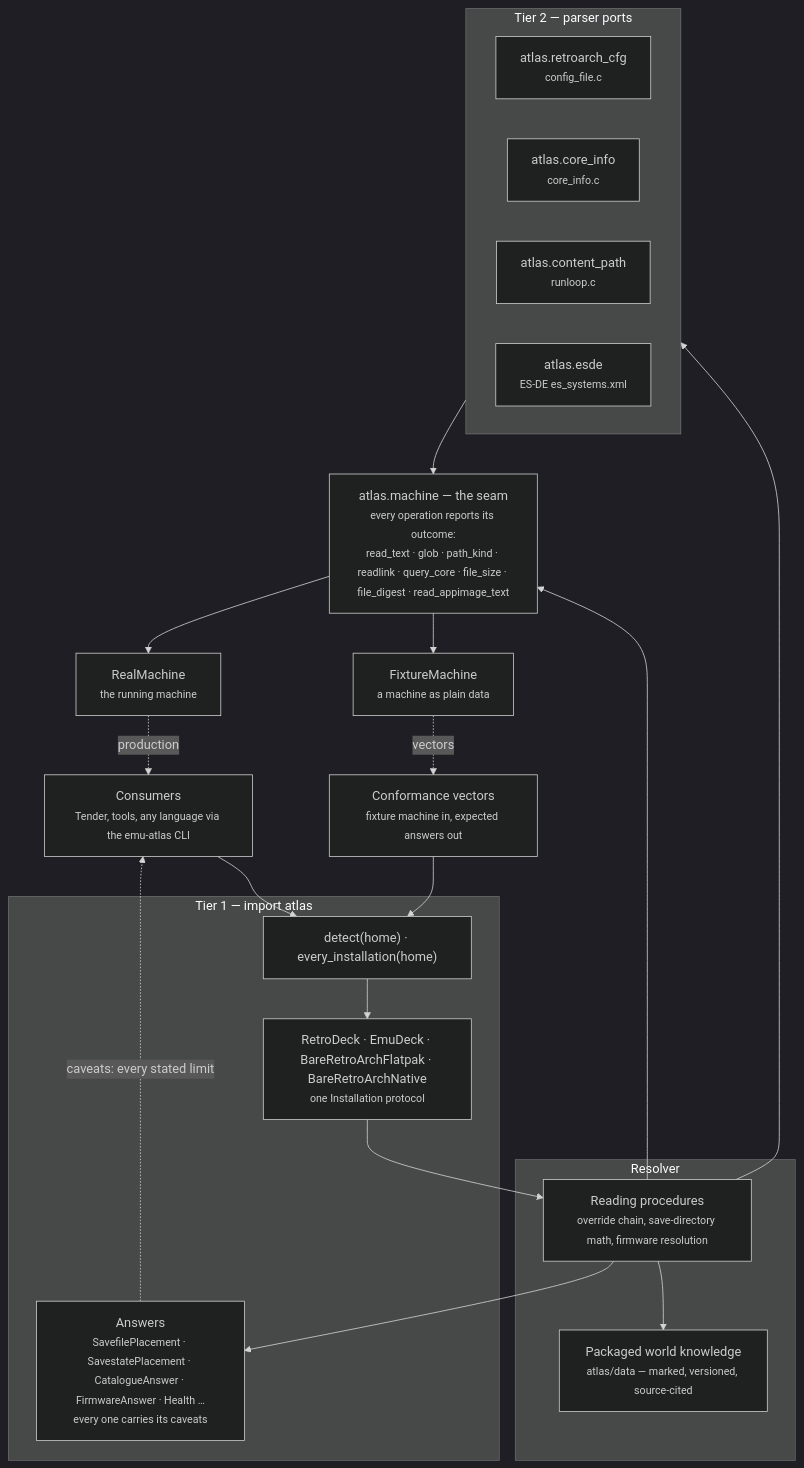
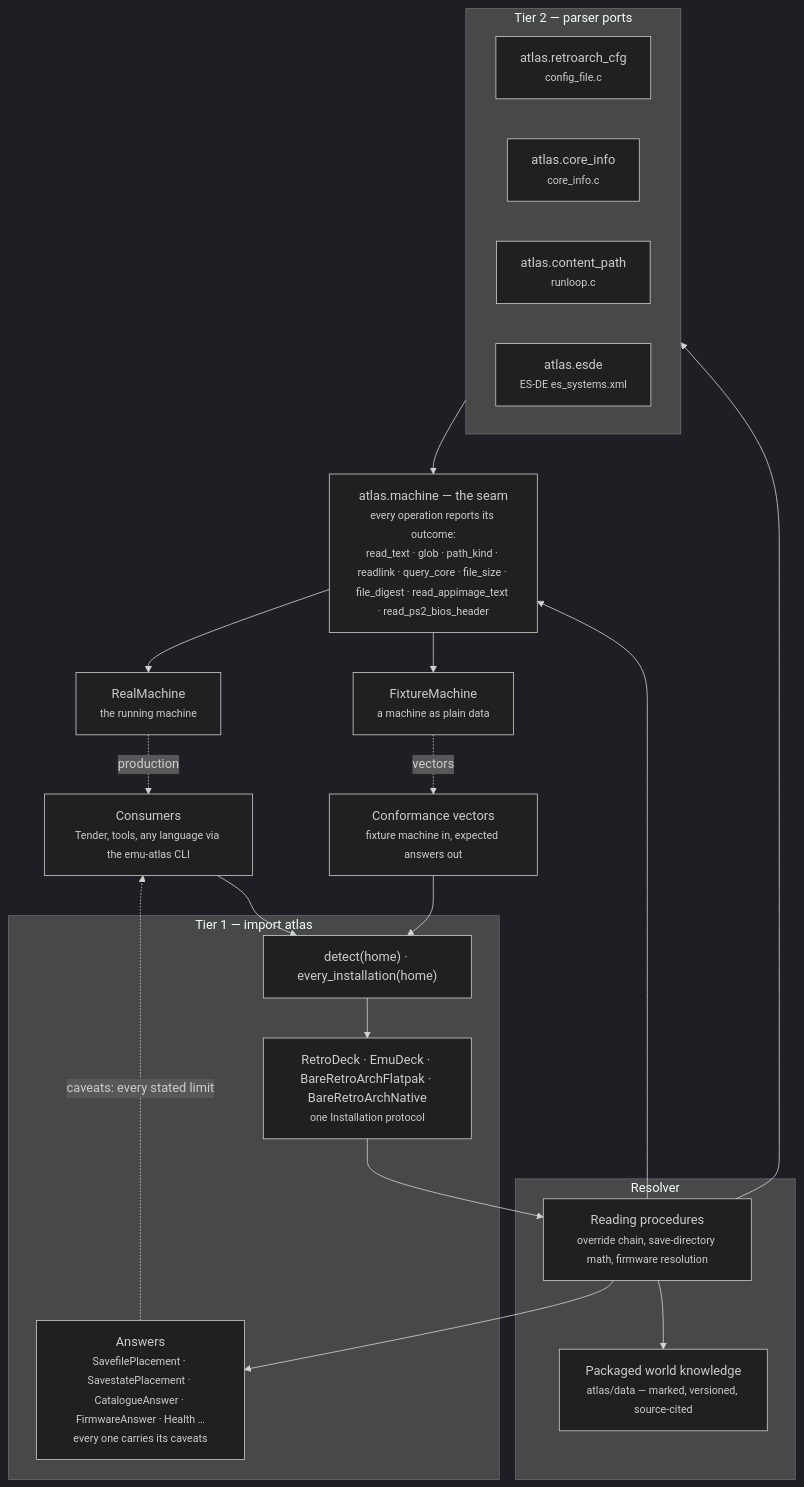
The first of 3 diagrams in docs/architecture.md (danielcopper/emu-atlas), drawn with Mermaid (dark theme) before and after one commit. The commit also changed 16 other files, not shown here.

````diff
--- a/docs/architecture.md
+++ b/docs/architecture.md
@@ -12,42 +12,42 @@
 ```mermaid
 flowchart TB
     consumers["Consumers<br/><small>Tender, tools, any language via the emu-atlas CLI</small>"]
     vectors["Conformance vectors<br/><small>fixture machine in, expected answers out</small>"]
 
     subgraph api["Tier 1 — import atlas"]
         entry["detect(home) · every_installation(home)"]
         handles["RetroDeck · EmuDeck · BareRetroArchFlatpak · BareRetroArchNative<br/><small>one Installation protocol</small>"]
         answers["Answers<br/><small>SavefilePlacement · SavestatePlacement · CatalogueAnswer · FirmwareAnswer · Health …<br/>every one carries its caveats</small>"]
     end
 
     subgraph resolver["Resolver"]
         rules["Reading procedures<br/><small>override chain, save-directory math, firmware resolution</small>"]
         knowledge["Packaged world knowledge<br/><small>atlas/data — marked, versioned, source-cited</small>"]
     end
 
     subgraph parsers["Tier 2 — parser ports"]
         cfg["atlas.retroarch_cfg<br/><small>config_file.c</small>"]
         info["atlas.core_info<br/><small>core_info.c</small>"]
         path["atlas.content_path<br/><small>runloop.c</small>"]
         esde["atlas.esde<br/><small>ES-DE es_systems.xml</small>"]
     end
 
-    seam["atlas.machine — the seam<br/><small>every operation reports its outcome:<br/>read_text · glob · path_kind · readlink · query_core · file_size · file_digest · read_appimage_text</small>"]
+    seam["atlas.machine — the seam<br/><small>every operation reports its outcome:<br/>read_text · glob · path_kind · readlink · query_core · file_size · file_digest · read_appimage_text · read_ps2_bios_header</small>"]
     real["RealMachine<br/><small>the running machine</small>"]
     fixture["FixtureMachine<br/><small>a machine as plain data</small>"]
 
     consumers --> entry
     vectors --> entry
     entry --> handles
     handles --> rules
     rules --> parsers
     rules --> knowledge
     rules --> answers
     answers -.->|"caveats: every stated limit"| consumers
     parsers --> seam
     rules --> seam
     seam --> real
     seam --> fixture
     real -.->|production| consumers
     fixture -.->|vectors| vectors
 ```
````
